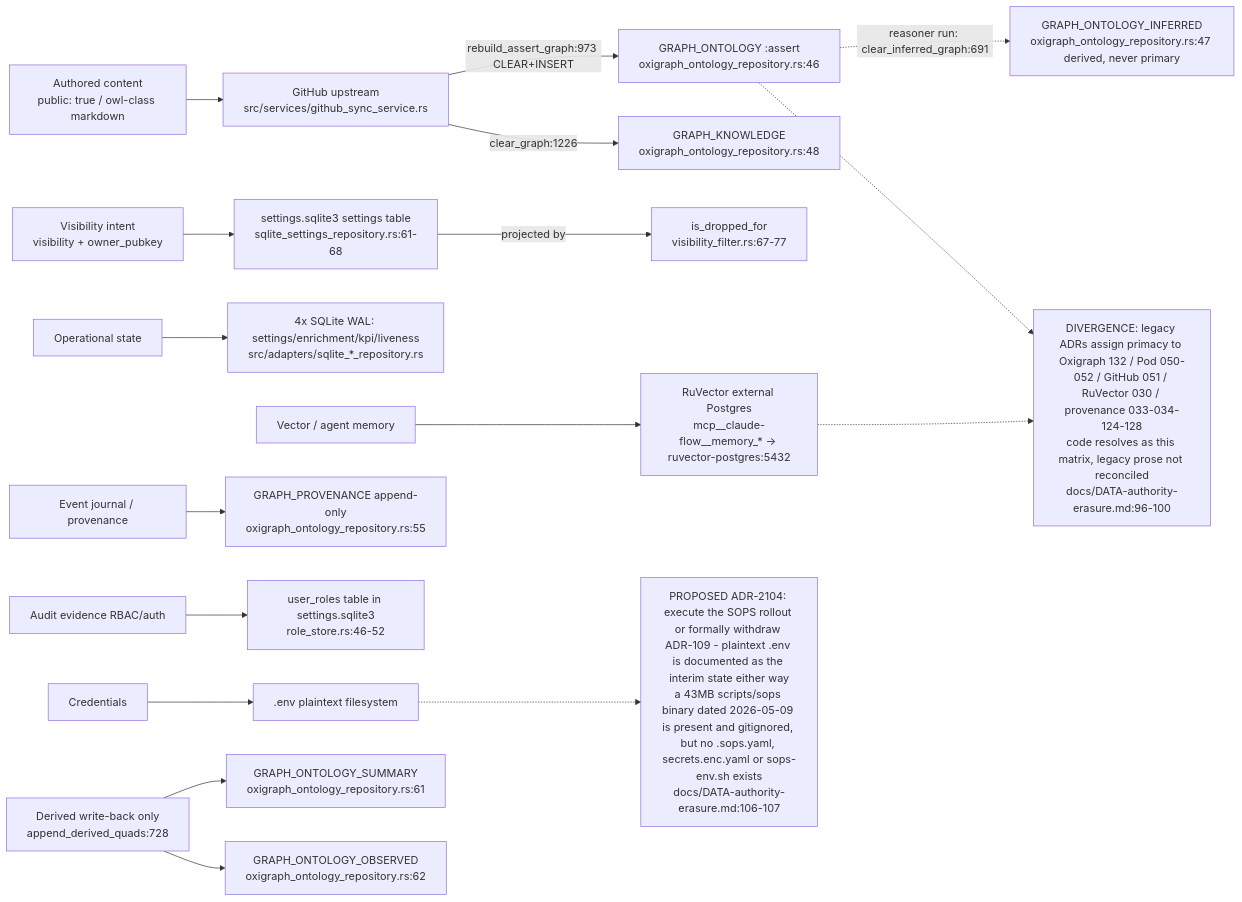
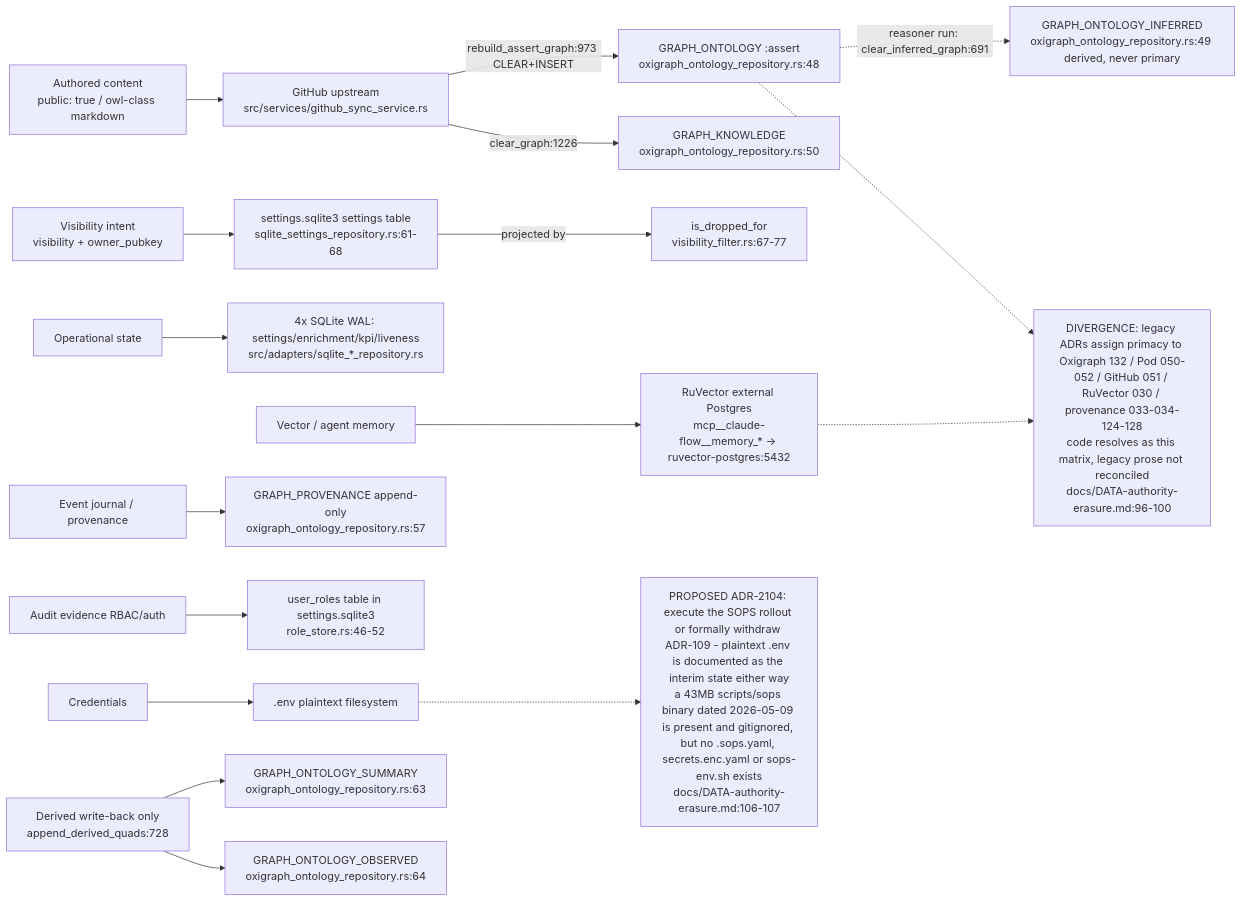
Before and after one commit to DreamLab-AI/AR-AI-Knowledge-Graph: the first of 11 diagrams in docs/diagrams/visionclaw/22-data-authority-provenance-erasure.md, drawn with Mermaid. The commit also changed other lines of this file and 73 other files, not shown here.

First line of the commit message:
docs(diagrams): re-verify all 71 topic files against HEAD; add --cite-check

````diff
--- a/docs/diagrams/visionclaw/22-data-authority-provenance-erasure.md
+++ b/docs/diagrams/visionclaw/22-data-authority-provenance-erasure.md
@@ -41,31 +41,31 @@
 ```mermaid
 flowchart LR
     AuthContent["Authored content<br/>public: true / owl-class markdown"] --> GitHub["GitHub upstream<br/>src/services/github_sync_service.rs"]
-    GitHub -->|"rebuild_assert_graph:973 CLEAR+INSERT"| AssertGraph["GRAPH_ONTOLOGY :assert<br/>oxigraph_ontology_repository.rs:46"]
-    GitHub -->|"clear_graph:1226"| KnowledgeGraph["GRAPH_KNOWLEDGE<br/>oxigraph_ontology_repository.rs:48"]
+    GitHub -->|"rebuild_assert_graph:973 CLEAR+INSERT"| AssertGraph["GRAPH_ONTOLOGY :assert<br/>oxigraph_ontology_repository.rs:48"]
+    GitHub -->|"clear_graph:1226"| KnowledgeGraph["GRAPH_KNOWLEDGE<br/>oxigraph_ontology_repository.rs:50"]
 
     VisIntent["Visibility intent<br/>visibility + owner_pubkey"] --> SettingsDB["settings.sqlite3 settings table<br/>sqlite_settings_repository.rs:61-68"]
     SettingsDB -->|"projected by"| VisFilter["is_dropped_for<br/>visibility_filter.rs:67-77"]
 
-    AssertGraph -.->|"reasoner run: clear_inferred_graph:691"| InferredGraph["GRAPH_ONTOLOGY_INFERRED<br/>oxigraph_ontology_repository.rs:47 derived, never primary"]
+    AssertGraph -.->|"reasoner run: clear_inferred_graph:691"| InferredGraph["GRAPH_ONTOLOGY_INFERRED<br/>oxigraph_ontology_repository.rs:49 derived, never primary"]
 
     OpState["Operational state"] --> SqliteFour["4x SQLite WAL: settings/enrichment/kpi/liveness<br/>src/adapters/sqlite_*_repository.rs"]
 
     VectorMem["Vector / agent memory"] --> RuVector["RuVector external Postgres<br/>mcp__claude-flow__memory_* -> ruvector-postgres:5432"]
 
-    EventJournal["Event journal / provenance"] --> ProvGraph["GRAPH_PROVENANCE append-only<br/>oxigraph_ontology_repository.rs:55"]
+    EventJournal["Event journal / provenance"] --> ProvGraph["GRAPH_PROVENANCE append-only<br/>oxigraph_ontology_repository.rs:57"]
 
     AuditRBAC["Audit evidence RBAC/auth"] --> RoleTable["user_roles table in settings.sqlite3<br/>role_store.rs:46-52"]
 
     Credentials["Credentials"] --> DotEnv[".env plaintext filesystem"]
 
-    DerivedWB["Derived write-back only<br/>append_derived_quads:728"] --> SummaryGraph["GRAPH_ONTOLOGY_SUMMARY<br/>oxigraph_ontology_repository.rs:61"]
-    DerivedWB --> ObservedGraph["GRAPH_ONTOLOGY_OBSERVED<br/>oxigraph_ontology_repository.rs:62"]
+    DerivedWB["Derived write-back only<br/>append_derived_quads:728"] --> SummaryGraph["GRAPH_ONTOLOGY_SUMMARY<br/>oxigraph_ontology_repository.rs:63"]
+    DerivedWB --> ObservedGraph["GRAPH_ONTOLOGY_OBSERVED<br/>oxigraph_ontology_repository.rs:64"]
 
     DivLegacy["DIVERGENCE: legacy ADRs assign primacy to Oxigraph 132 / Pod 050-052 / GitHub 051 / RuVector 030 / provenance 033-034-124-128<br/>code resolves as this matrix, legacy prose not reconciled<br/>docs/DATA-authority-erasure.md:96-100"]
     AssertGraph -.-> DivLegacy
     RuVector -.-> DivLegacy
 
     DivCreds["PROPOSED ADR-2104: execute the SOPS rollout or formally withdraw ADR-109 - plaintext .env is documented as the interim state either way<br/>a 43MB scripts/sops binary dated 2026-05-09 is present and gitignored, but no .sops.yaml, secrets.enc.yaml or sops-env.sh exists<br/>docs/DATA-authority-erasure.md:106-107"]
     DotEnv -.-> DivCreds
 ```
````
